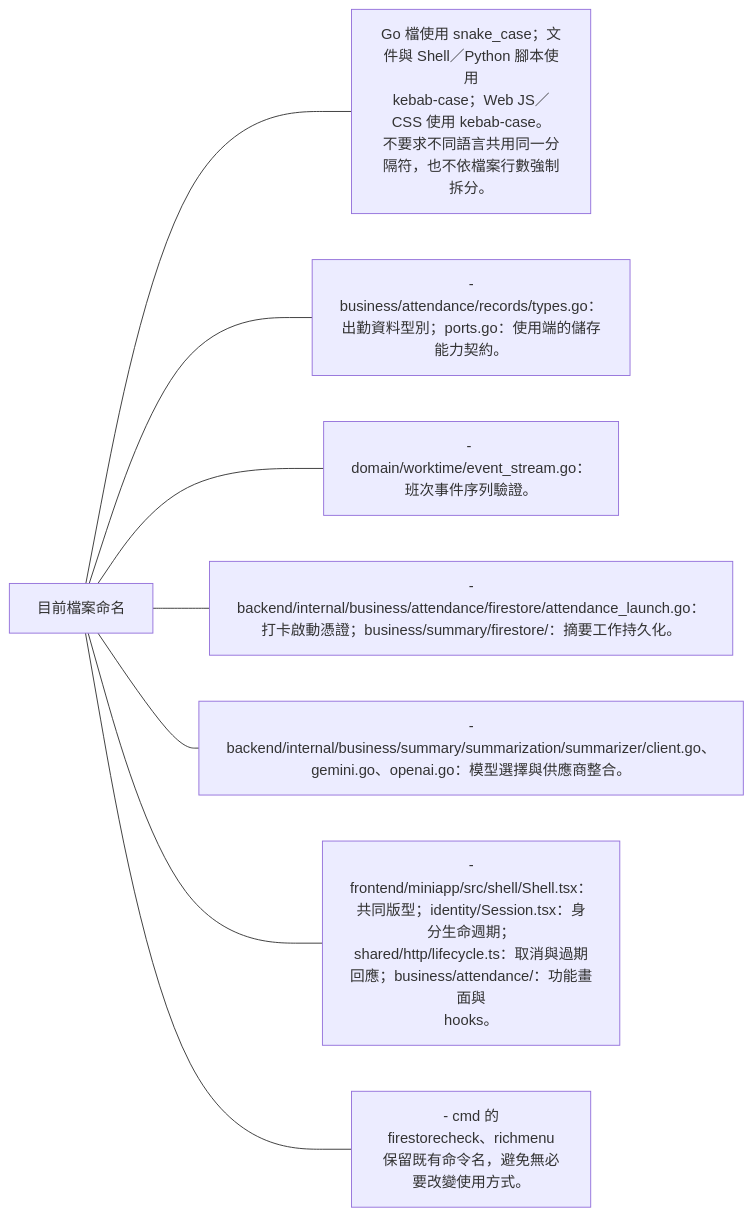
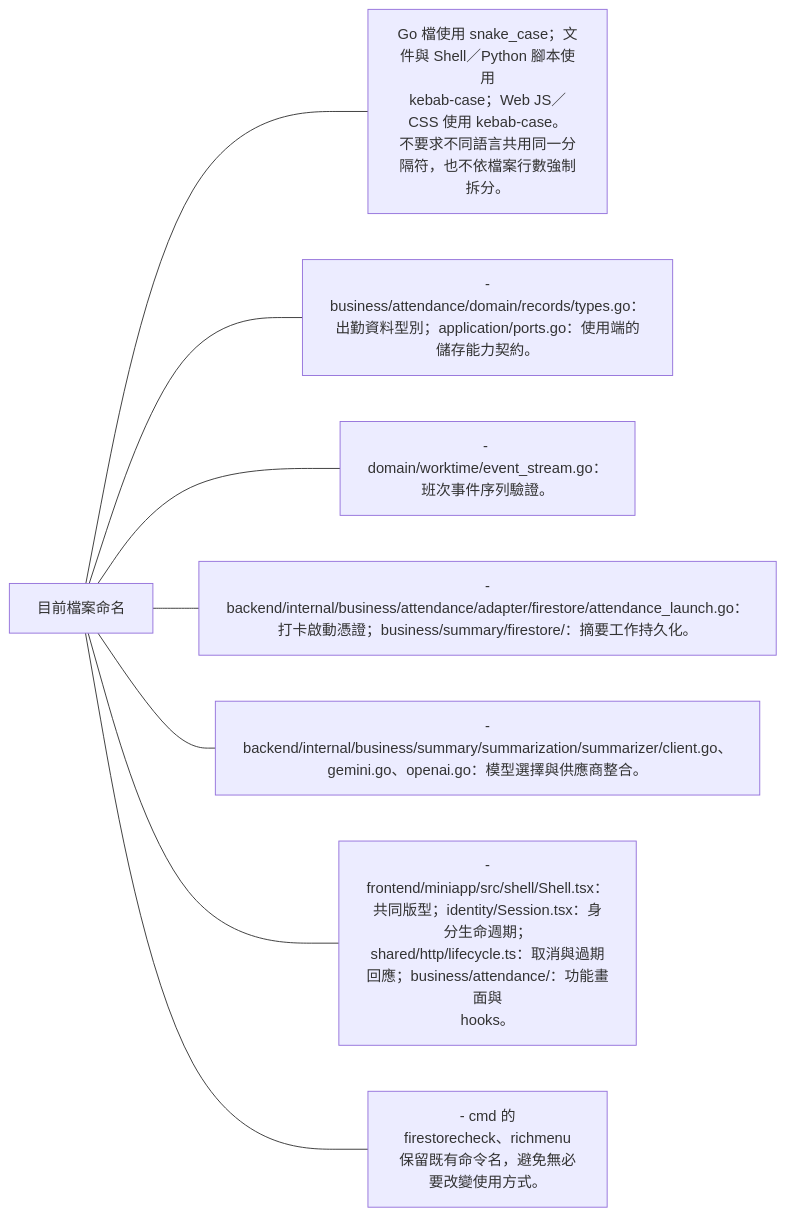
The fourth of 4 diagrams in docs/standards/naming.md (963sup/line-mini-app-bot), drawn with Mermaid before and after one commit. The commit also changed 134 other files, not shown here.

Commit message:
refactor(attendance): separate domain application and adapters

````diff
--- a/docs/standards/naming.md
+++ b/docs/standards/naming.md
@@ -51,11 +51,11 @@
 ```mermaid
 flowchart LR
   h["目前檔案命名"]
   h --- n0["Go 檔使用 snake_case；文件與 Shell／Python 腳本使用<br/>kebab-case；Web JS／CSS 使用 kebab-case。<br/>不要求不同語言共用同一分隔符，也不依檔案行數強制拆分。"]
-  h --- n1["-<br/>business/attendance/records/types.go：出勤資料型別；ports.go：使用端的儲存能力契約。"]
+  h --- n1["-<br/>business/attendance/domain/records/types.go：出勤資料型別；application/ports.go：使用端的儲存能力契約。"]
   h --- n2["- domain/worktime/event_stream.go：班次事件序列驗證。"]
-  h --- n3["-<br/>backend/internal/business/attendance/firestore/attendance_launch.go：打卡啟動憑證；business/summary/firestore/：摘要工作持久化。"]
+  h --- n3["-<br/>backend/internal/business/attendance/adapter/firestore/attendance_launch.go：打卡啟動憑證；business/summary/firestore/：摘要工作持久化。"]
   h --- n4["-<br/>backend/internal/business/summary/summarization/summarizer/client.go、gemini.go、openai.go：模型選擇與供應商整合。"]
   h --- n5["-<br/>frontend/miniapp/src/shell/Shell.tsx：共同版型；identity/Session.tsx：身分生命週期；shared/http/lifecycle.ts：取消與過期回應；business/attendance/：功能畫面與<br/>hooks。"]
   h --- n6["- cmd 的<br/>firestorecheck、richmenu<br/>保留既有命令名，避免無必要改變使用方式。"]
 ```
````
